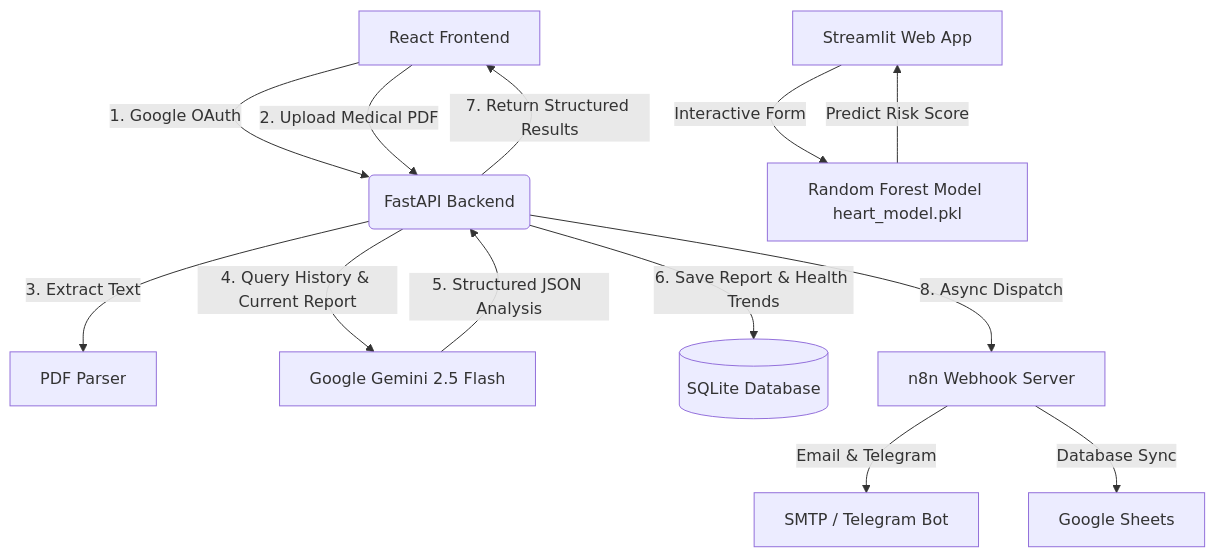
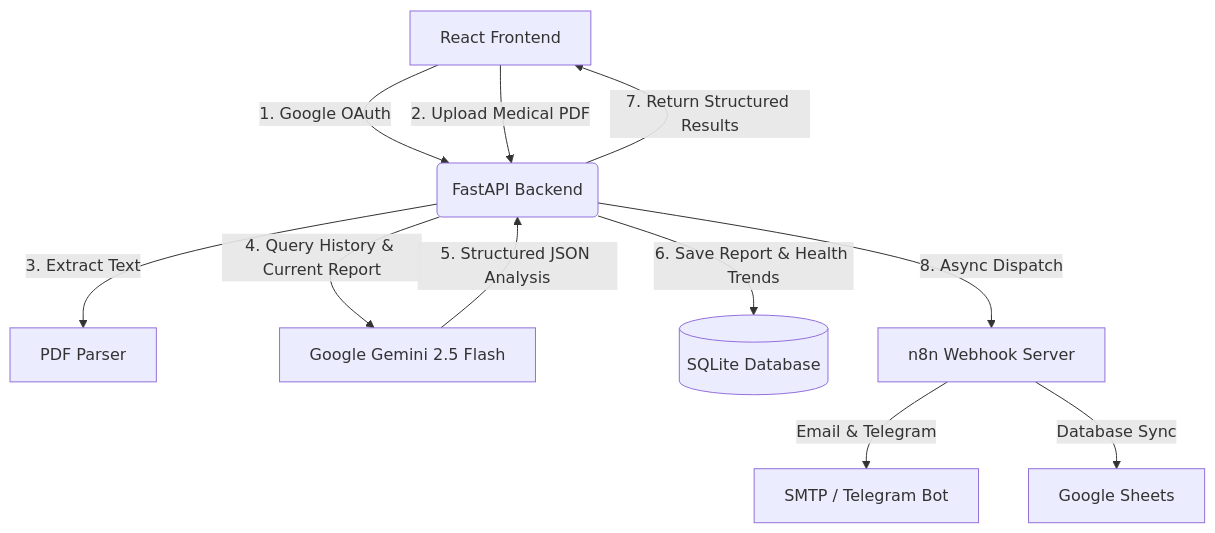
One commit to Prashant-Singh-Rawat/Tony-AI-Health-Analysis-System changed the diagram in README.md. Above: the diagram before and after it, drawn with Mermaid. The commit also changed other lines of this file and 10 other files, not shown here.

````diff
--- a/README.md
+++ b/README.md
@@ -118,16 +116,13 @@
 ```mermaid
 graph TD
     A[React Frontend] -->|1. Google OAuth| B(FastAPI Backend)
     A -->|2. Upload Medical PDF| B
     B -->|3. Extract Text| C[PDF Parser]
     B -->|4. Query History & Current Report| D[Google Gemini 2.5 Flash]
     D -->|5. Structured JSON Analysis| B
     B -->|6. Save Report & Health Trends| E[(SQLite Database)]
     B -->|7. Return Structured Results| A
     B -->|8. Async Dispatch| H[n8n Webhook Server]
     H -->|Email & Telegram| I[SMTP / Telegram Bot]
     H -->|Database Sync| J[Google Sheets]
-    
-    F[Streamlit Web App] -->|Interactive Form| G[Random Forest Model heart_model.pkl]
-    G -->|Predict Risk Score| F
 ```
````
